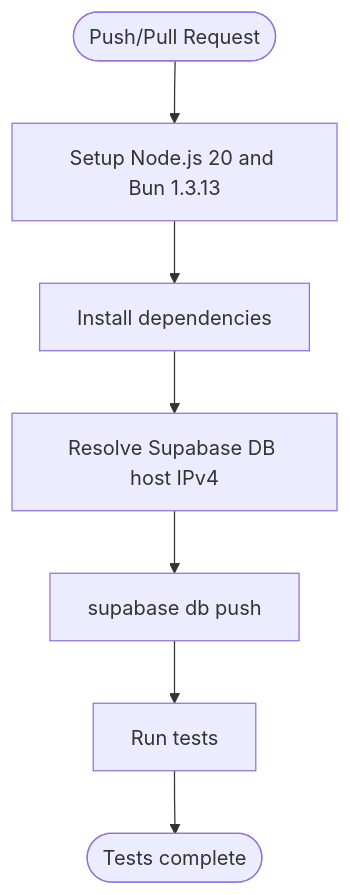
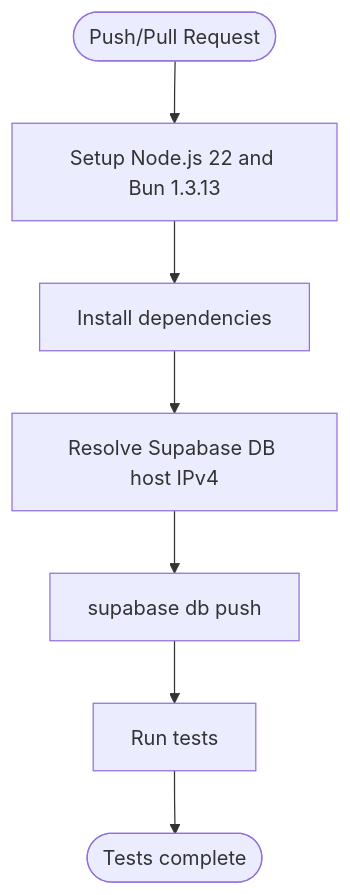
The fourth of 10 diagrams in .qoder/repowiki/en/content/Deployment and DevOps.md (gastaldellomarco/pcReady), drawn with Mermaid before and after one commit. The commit also changed other lines of this file and 19 other files, not shown here.

````diff
--- a/.qoder/repowiki/en/content/Deployment and DevOps.md
+++ b/.qoder/repowiki/en/content/Deployment and DevOps.md
@@ -179,9 +197,9 @@
 ```mermaid
 flowchart TD
-TStart(["Push/Pull Request"]) --> TSetup["Setup Node.js 20 and Bun 1.3.13"]
+TStart(["Push/Pull Request"]) --> TSetup["Setup Node.js 22 and Bun 1.3.13"]
 TSetup --> TInstall["Install dependencies"]
 TInstall --> TResolve["Resolve Supabase DB host IPv4"]
 TResolve --> TPush["supabase db push"]
 TPush --> TTest["Run tests"]
 TTest --> TEnd(["Tests complete"])
 ```
````
